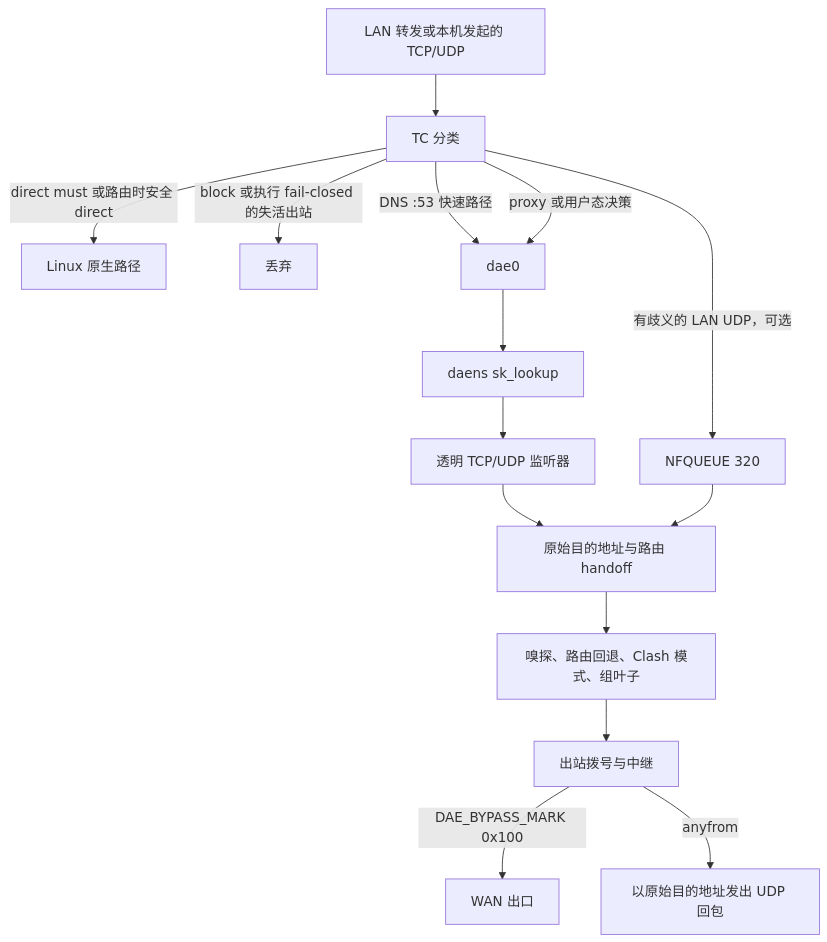
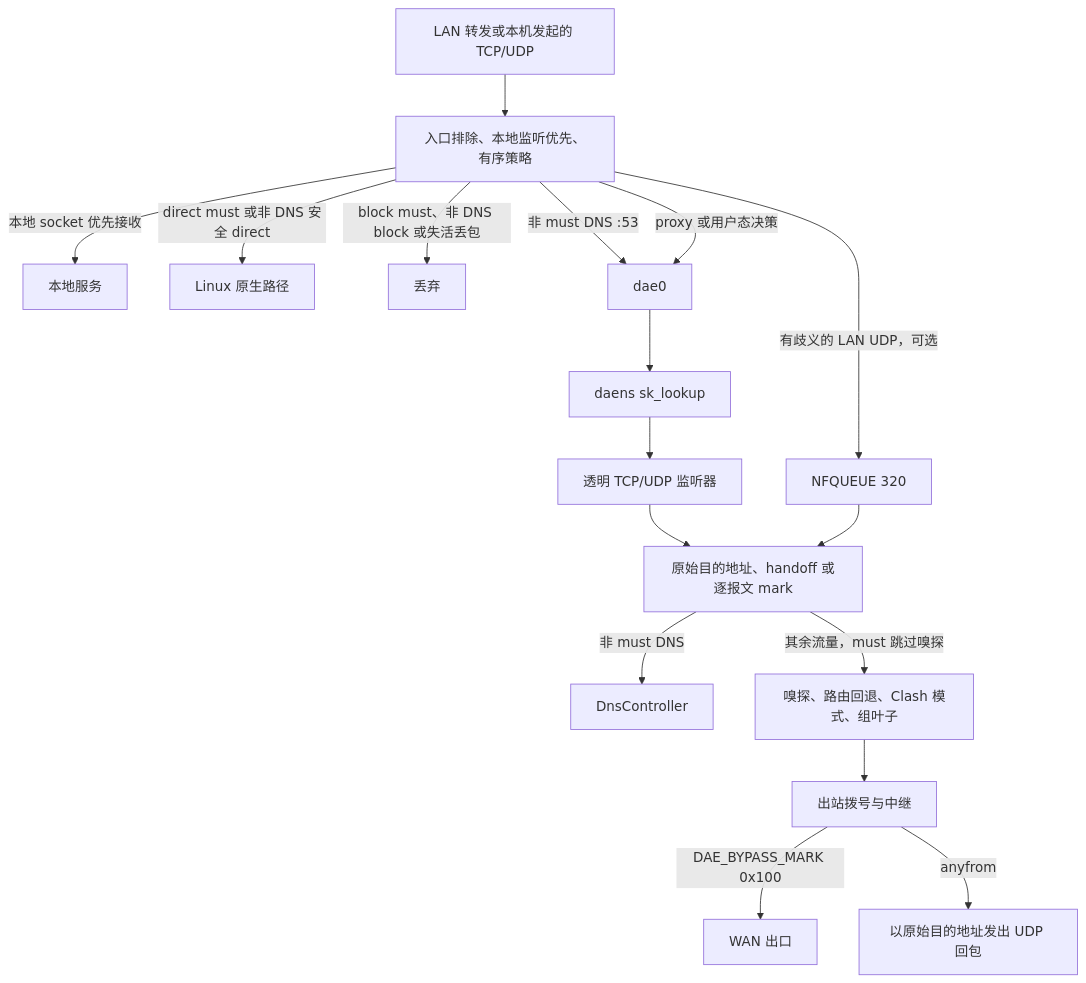
The second of 2 diagrams in doc/zh/design/overview.md (Glassyiris/honk), drawn with Mermaid before and after one commit. The commit also changed other lines of this file and 71 other files, not shown here.

````diff
--- a/doc/zh/design/overview.md
+++ b/doc/zh/design/overview.md
@@ -71,17 +71,19 @@
 ```mermaid
 flowchart TB
-  PACKET[LAN 转发或本机发起的 TCP/UDP] --> TC[TC 分类]
-  TC -->|direct must 或路由时安全 direct| NATIVE[Linux 原生路径]
-  TC -->|block 或执行 fail-closed 的失活出站| DROP[丢弃]
-  TC -->|DNS :53 快速路径| DAE0[dae0]
+  PACKET[LAN 转发或本机发起的 TCP/UDP] --> TC[入口排除、本地监听优先、有序策略]
+  TC -->|本地 socket 优先接收| LOCAL[本地服务]
+  TC -->|direct must 或非 DNS 安全 direct| NATIVE[Linux 原生路径]
+  TC -->|block must、非 DNS block 或失活丢包| DROP[丢弃]
+  TC -->|非 must DNS :53| DAE0[dae0]
   TC -->|proxy 或用户态决策| DAE0
   TC -->|有歧义的 LAN UDP，可选| NFQ[NFQUEUE 320]
   DAE0 --> SK[daens sk_lookup]
   SK --> LISTEN[透明 TCP/UDP 监听器]
-  LISTEN --> CP[原始目的地址与路由 handoff]
+  LISTEN --> CP[原始目的地址、handoff 或逐报文 mark]
   NFQ --> CP
-  CP --> DECIDE[嗅探、路由回退、Clash 模式、组叶子]
+  CP -->|非 must DNS| DNS[DnsController]
+  CP -->|其余流量，must 跳过嗅探| DECIDE[嗅探、路由回退、Clash 模式、组叶子]
   DECIDE --> DIAL[出站拨号与中继]
   DIAL -->|DAE_BYPASS_MARK 0x100| WAN[WAN 出口]
   DIAL -->|anyfrom| REPLY[以原始目的地址发出 UDP 回包]
 ```
````
